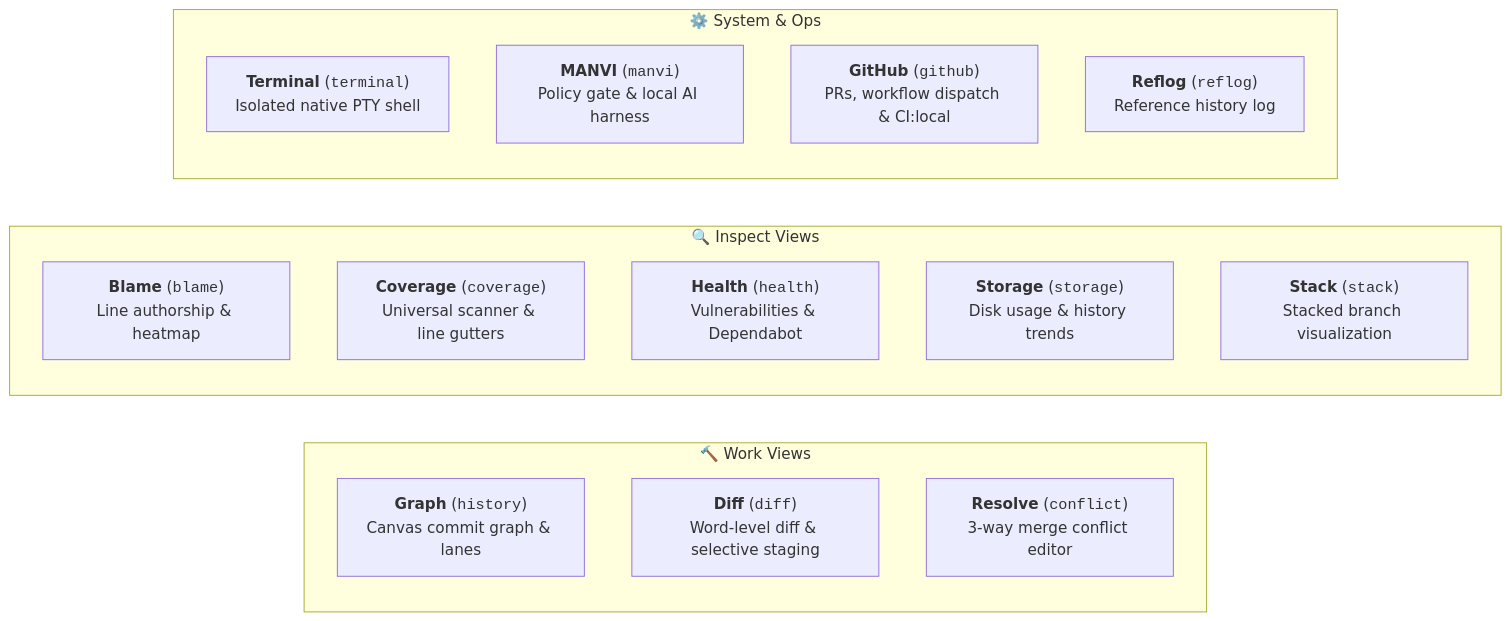
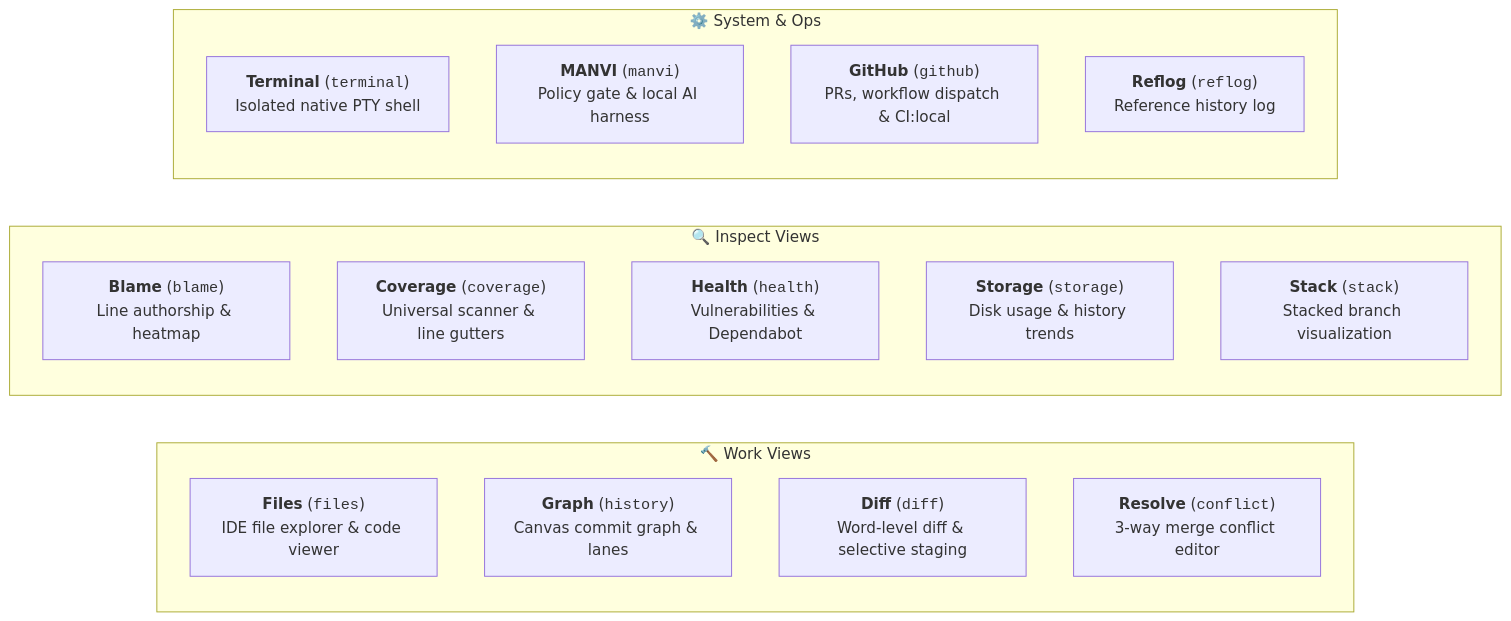
One commit to bharathvbcr/GitPulse changed the second of 4 diagrams in README.md. Above: the diagram before and after it, drawn with Mermaid. The commit also changed other lines of this file and 12 other files, not shown here.

Commit message:
docs: update architecture, features, and repo documentation

````diff
--- a/README.md
+++ b/README.md
@@ -91,23 +91,24 @@
 ```mermaid
 flowchart LR
     subgraph Work["🔨 Work Views"]
+        Files["<b>Files</b> (<code>files</code>)<br/>IDE file explorer & code viewer"]
         Graph["<b>Graph</b> (<code>history</code>)<br/>Canvas commit graph & lanes"]
         Diff["<b>Diff</b> (<code>diff</code>)<br/>Word-level diff & selective staging"]
         Conflict["<b>Resolve</b> (<code>conflict</code>)<br/>3-way merge conflict editor"]
     end
 
     subgraph Inspect["🔍 Inspect Views"]
         Blame["<b>Blame</b> (<code>blame</code>)<br/>Line authorship & heatmap"]
         Coverage["<b>Coverage</b> (<code>coverage</code>)<br/>Universal scanner & line gutters"]
         Health["<b>Health</b> (<code>health</code>)<br/>Vulnerabilities & Dependabot"]
         Storage["<b>Storage</b> (<code>storage</code>)<br/>Disk usage & history trends"]
         Stack["<b>Stack</b> (<code>stack</code>)<br/>Stacked branch visualization"]
     end
 
     subgraph System["⚙️ System & Ops"]
         Terminal["<b>Terminal</b> (<code>terminal</code>)<br/>Isolated native PTY shell"]
         MANVI["<b>MANVI</b> (<code>manvi</code>)<br/>Policy gate & local AI harness"]
         GitHub["<b>GitHub</b> (<code>github</code>)<br/>PRs, workflow dispatch & CI:local"]
         Reflog["<b>Reflog</b> (<code>reflog</code>)<br/>Reference history log"]
     end
 ```
````
